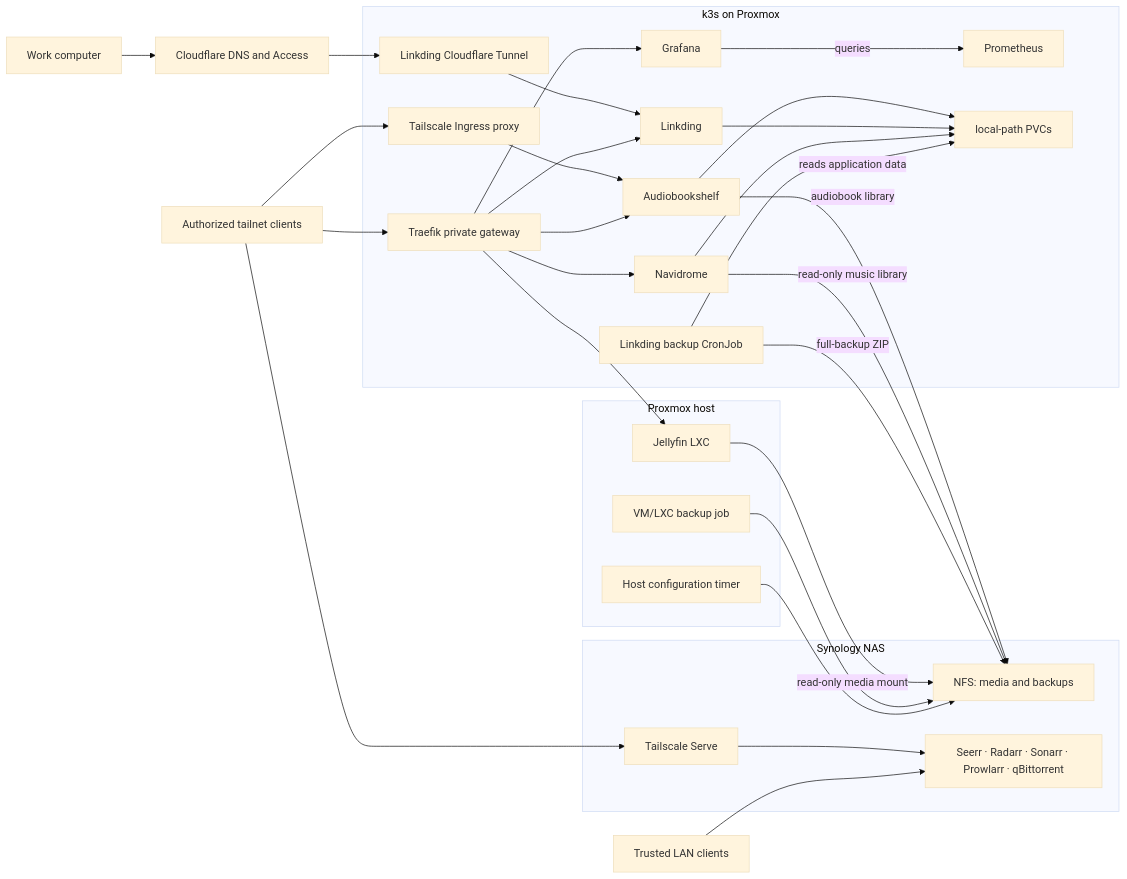
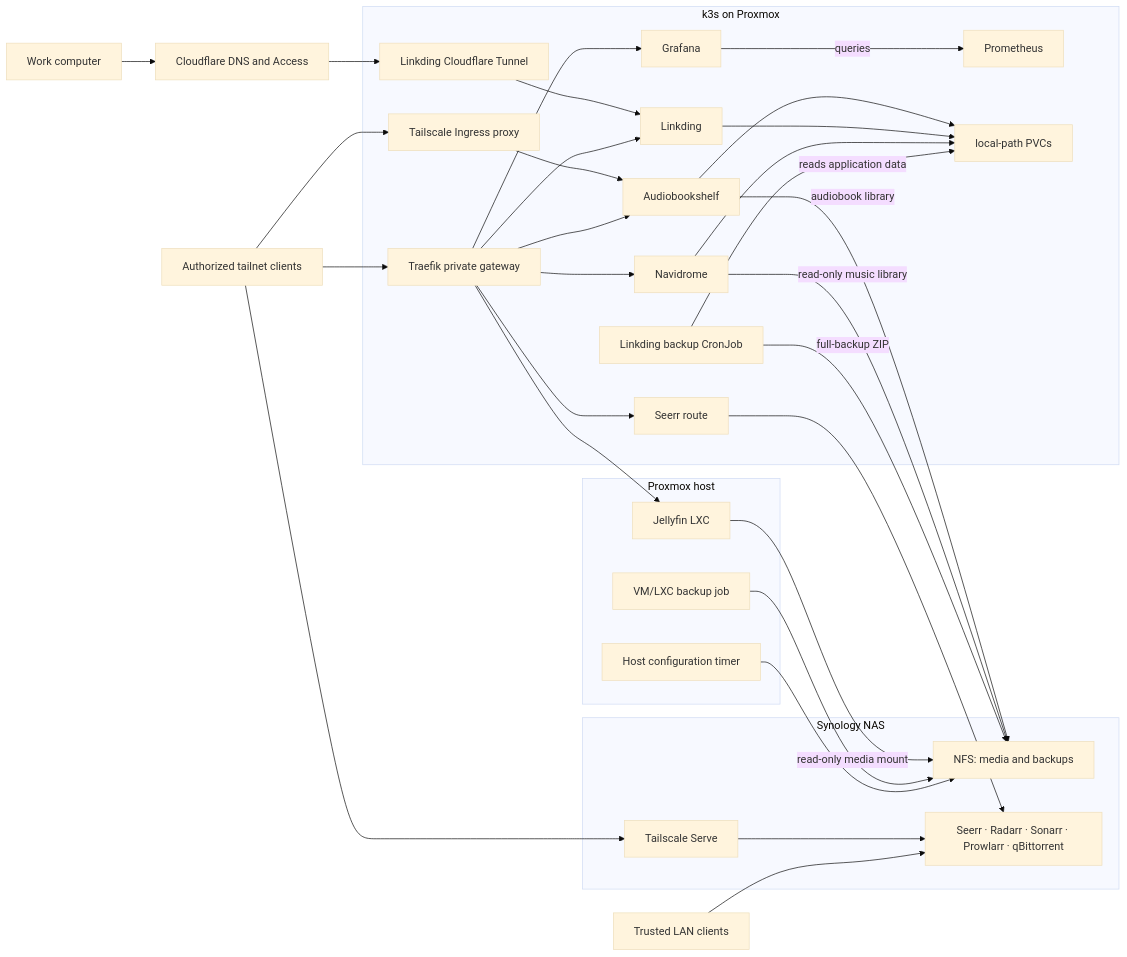
Before and after one commit to vitaly-guzun/homelab: the second of 2 diagrams in README.md, drawn with Mermaid (base theme). The commit also changed other lines of this file and 6 other files, not shown here.

````diff
--- a/README.md
+++ b/README.md
@@ -87,55 +87,57 @@
 ```mermaid
 flowchart LR
     WorkComputer["Work computer"]
     Tailnet["Authorized tailnet clients"]
     LAN["Trusted LAN clients"]
     CloudflareAccess["Cloudflare DNS and Access"]
 
     subgraph K3s["k3s on Proxmox"]
         Cloudflared["Linkding Cloudflare Tunnel"]
         TSIngress["Tailscale Ingress proxy"]
         Gateway["Traefik private gateway"]
         Audiobookshelf["Audiobookshelf"]
         Linkding["Linkding"]
         Navidrome["Navidrome"]
+        SeerrGateway["Seerr route"]
         Grafana["Grafana"]
         Prometheus["Prometheus"]
         LocalPVC["local-path PVCs"]
         LinkdingBackup["Linkding backup CronJob"]
     end
 
     subgraph Proxmox["Proxmox host"]
         Jellyfin["Jellyfin LXC"]
         GuestBackup["VM/LXC backup job"]
         ConfigBackup["Host configuration timer"]
     end
 
     subgraph NAS["Synology NAS"]
         NFS["NFS: media and backups"]
         Media["Seerr · Radarr · Sonarr · Prowlarr · qBittorrent"]
         TSServe["Tailscale Serve"]
     end
 
     WorkComputer --> CloudflareAccess --> Cloudflared --> Linkding
     Tailnet --> TSIngress
     TSIngress --> Audiobookshelf
     Tailnet --> Gateway
     Gateway --> Audiobookshelf
     Gateway --> Linkding
     Gateway --> Navidrome
+    Gateway --> SeerrGateway --> Media
     Gateway --> Grafana
     Gateway --> Jellyfin
     Tailnet --> TSServe --> Media
     LAN --> Media
     Audiobookshelf --> LocalPVC
     Linkding --> LocalPVC
     Navidrome --> LocalPVC
     Audiobookshelf -->|"audiobook library"| NFS
     Navidrome -->|"read-only music library"| NFS
     Grafana -->|"queries"| Prometheus
     Jellyfin -->|"read-only media mount"| NFS
     LinkdingBackup -->|"reads application data"| LocalPVC
     LinkdingBackup -->|"full-backup ZIP"| NFS
     GuestBackup --> NFS
     ConfigBackup --> NFS
 ```
````
